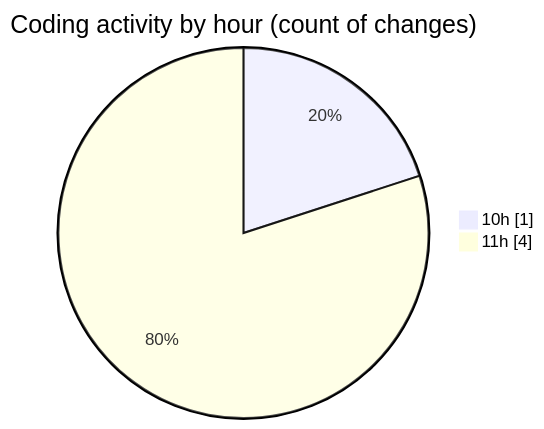
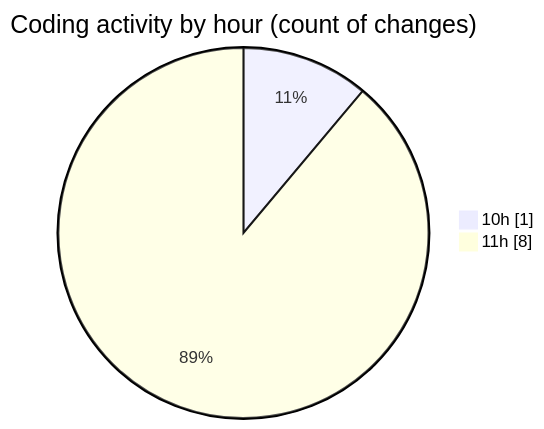
Before and after one commit to ricardozamudiocil/code-tracking: the second of 2 diagrams in 2026-10-01/cilreports__workspace_/README.md, drawn with Mermaid. The commit also changed other lines of this file and 1 other file, not shown here.

````diff
--- a/2026-10-01/cilreports__workspace_/README.md
+++ b/2026-10-01/cilreports__workspace_/README.md
@@ -34,6 +37,6 @@
 ```mermaid
 pie showData
 title Coding activity by hour (count of changes)
 "10h" : 1
-"11h" : 4
+"11h" : 8
 ```
````
